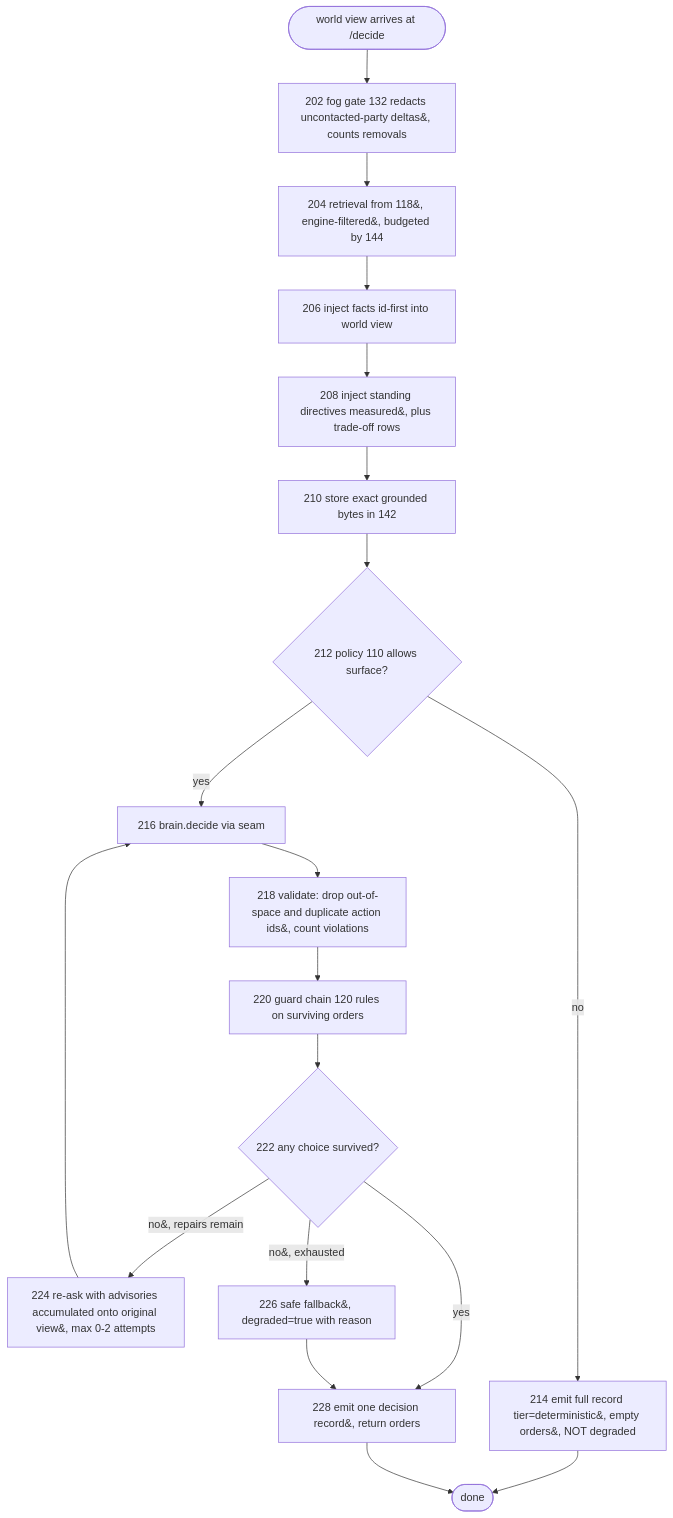
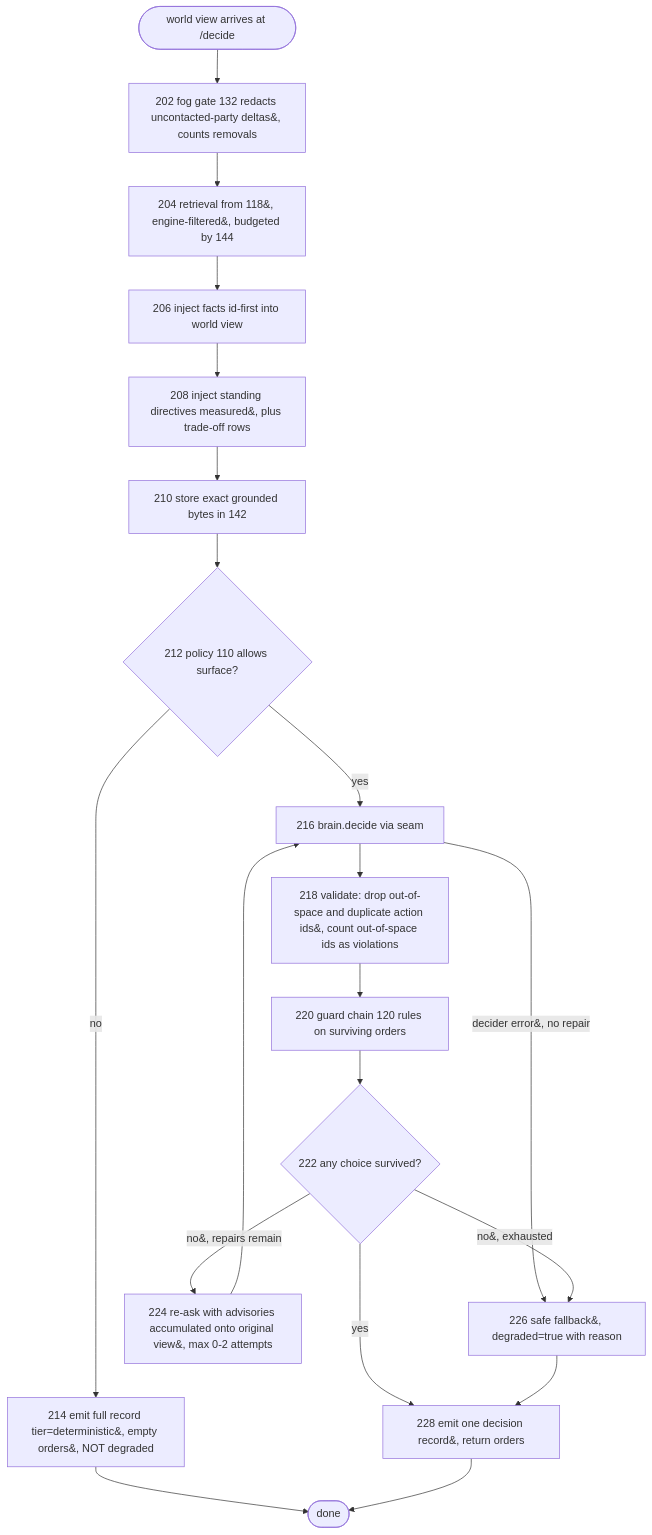
One commit to scbrown/NeuralAmplifier changed the second of 8 diagrams in docs/patents/provisional-decision-delegation.md. Above: the diagram before and after it, drawn with Mermaid. The commit also changed other lines of this file, not shown here.

````diff
--- a/docs/patents/provisional-decision-delegation.md
+++ b/docs/patents/provisional-decision-delegation.md
@@ -154,21 +154,22 @@
 ```mermaid
 flowchart TD
     S([world view arrives at /decide]) --> F[202 fog gate 132 redacts uncontacted-party deltas&#44; counts removals]
     F --> R[204 retrieval from 118&#44; engine-filtered&#44; budgeted by 144]
     R --> I[206 inject facts id-first into world view]
     I --> DIR[208 inject standing directives measured&#44; plus trade-off rows]
     DIR --> ST[210 store exact grounded bytes in 142]
     ST --> P{212 policy 110 allows surface?}
     P -- no --> DET[214 emit full record tier=deterministic&#44; empty orders&#44; NOT degraded]
     P -- yes --> B[216 brain.decide via seam]
-    B --> V[218 validate: drop out-of-space and duplicate action ids&#44; count violations]
+    B --> V[218 validate: drop out-of-space and duplicate action ids&#44; count out-of-space ids as violations]
+    B -- "decider error&#44; no repair" --> FB
     V --> GU[220 guard chain 120 rules on surviving orders]
     GU --> OK{222 any choice survived?}
     OK -- yes --> REC[228 emit one decision record&#44; return orders]
     OK -- "no&#44; repairs remain" --> REP[224 re-ask with advisories accumulated onto original view&#44; max 0-2 attempts]
     REP --> B
     OK -- "no&#44; exhausted" --> FB[226 safe fallback&#44; degraded=true with reason]
     FB --> REC
     DET --> E([done])
     REC --> E
 ```
````
